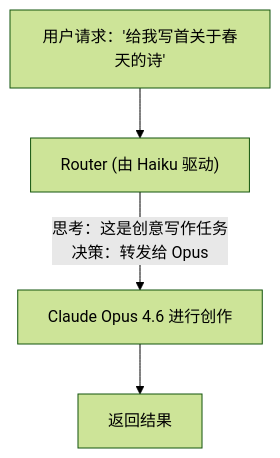
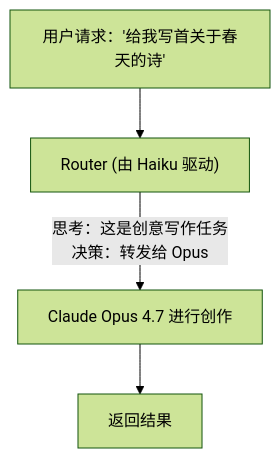
Before and after one commit to yeasy/claude_guide: the second of 2 diagrams in 01_intro/1.4_model_selection.md, drawn with Mermaid (forest theme). The commit also changed 1 other file, not shown here.

Commit message:
Update model comparison and routing to Opus 4.7

````diff
--- a/01_intro/1.4_model_selection.md
+++ b/01_intro/1.4_model_selection.md
@@ -93,6 +93,6 @@
 ```mermaid
 graph TD
     User["用户请求：'给我写首关于春天的诗'"] --> Router["Router (由 Haiku 驱动)"]
-    Router -- "思考：这是创意写作任务<br>决策：转发给 Opus" --> Worker["Claude Opus 4.6 进行创作"]
+    Router -- "思考：这是创意写作任务<br>决策：转发给 Opus" --> Worker["Claude Opus 4.7 进行创作"]
     Worker --> Result["返回结果"]
 ```
````
